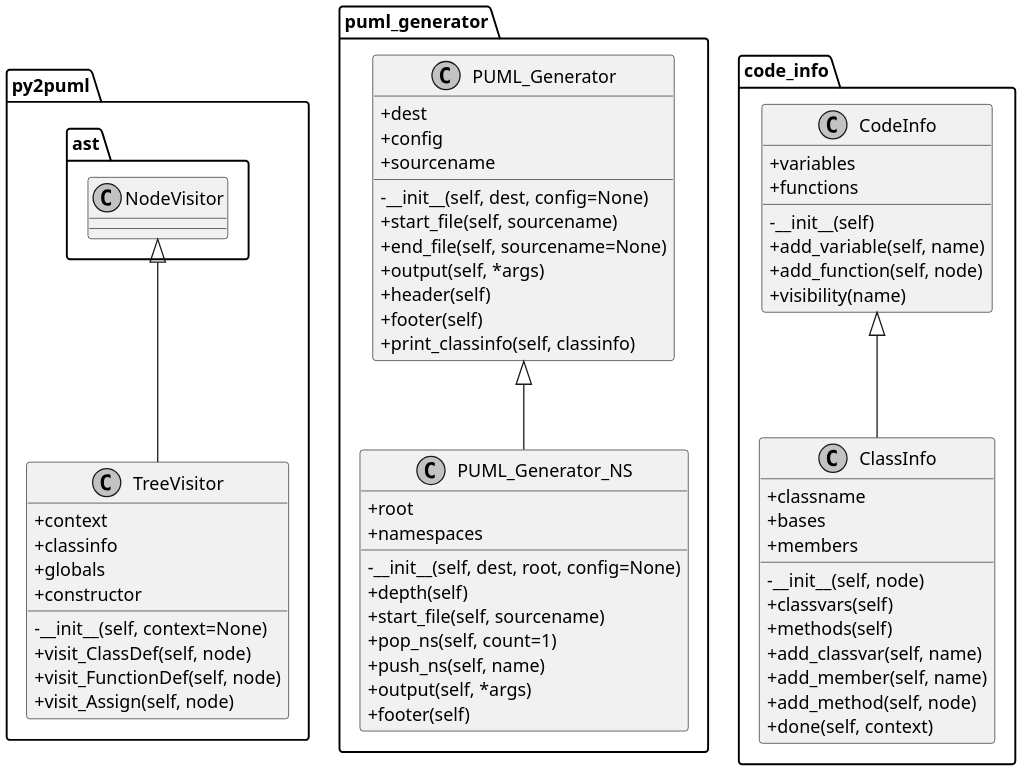
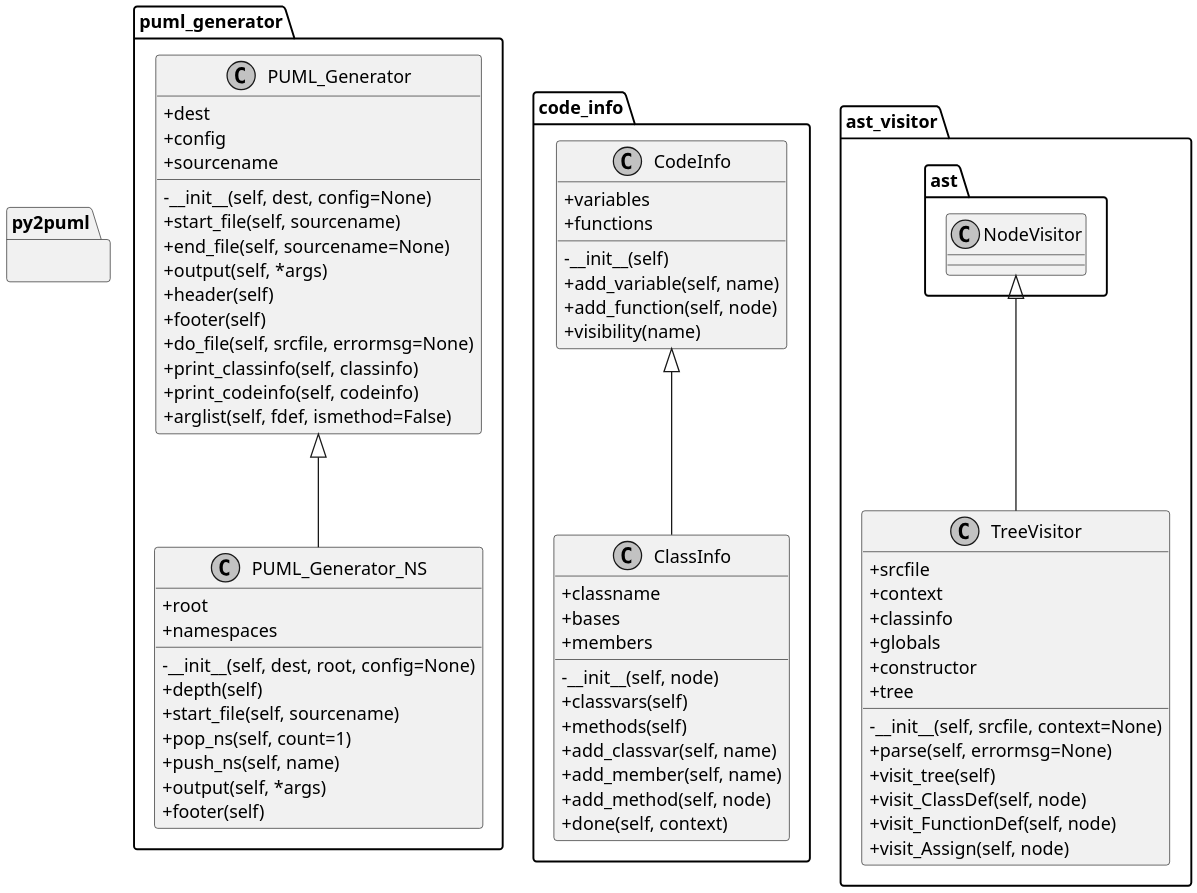
One commit to deadbok/py-puml-tools changed the diagram in py2puml/examples/py2puml_NS.puml. Above: the diagram before and after it, drawn with PlantUML. The commit also changed 15 other files, not shown here.

Commit message:
* refactored workflow (see new sequence diagram) * implemented globals output * versatile arglist (write-arg-list, omit_self options) * simplified logging Not fully tested.

```diff
--- a/py2puml/examples/py2puml_NS.puml
+++ b/py2puml/examples/py2puml_NS.puml
@@ -1,73 +1,82 @@
 @startuml
 skinparam monochrome true
 skinparam classAttributeIconSize 0
 scale 2
 
 namespace py2puml {
-  ast.NodeVisitor <|-- TreeVisitor
-  class TreeVisitor {
-    +context
-    +classinfo
-    +globals
-    +constructor
-    -__init__(self, context=None)
-    +visit_ClassDef(self, node)
-    +visit_FunctionDef(self, node)
-    +visit_Assign(self, node)
-  }
-
 }
 namespace puml_generator {
   class PUML_Generator {
     +dest
     +config
     +sourcename
     -__init__(self, dest, config=None)
     +start_file(self, sourcename)
     +end_file(self, sourcename=None)
     +output(self, *args)
     +header(self)
     +footer(self)
+    +do_file(self, srcfile, errormsg=None)
     +print_classinfo(self, classinfo)
+    +print_codeinfo(self, codeinfo)
+    +arglist(self, fdef, ismethod=False)
   }
 
   PUML_Generator <|-- PUML_Generator_NS
   class PUML_Generator_NS {
     +root
     +namespaces
     -__init__(self, dest, root, config=None)
     +depth(self)
     +start_file(self, sourcename)
     +pop_ns(self, count=1)
     +push_ns(self, name)
     +output(self, *args)
     +footer(self)
   }
 
 }
 namespace code_info {
   class CodeInfo {
     +variables
     +functions
     -__init__(self)
     +add_variable(self, name)
     +add_function(self, node)
     +visibility(name)
   }
 
   CodeInfo <|-- ClassInfo
   class ClassInfo {
     +classname
     +bases
     +members
     -__init__(self, node)
     +classvars(self)
     +methods(self)
     +add_classvar(self, name)
     +add_member(self, name)
     +add_method(self, node)
     +done(self, context)
   }
 
 }
+namespace ast_visitor {
+  ast.NodeVisitor <|-- TreeVisitor
+  class TreeVisitor {
+    +srcfile
+    +context
+    +classinfo
+    +globals
+    +constructor
+    +tree
+    -__init__(self, srcfile, context=None)
+    +parse(self, errormsg=None)
+    +visit_tree(self)
+    +visit_ClassDef(self, node)
+    +visit_FunctionDef(self, node)
+    +visit_Assign(self, node)
+  }
+
+}
 @enduml
```
